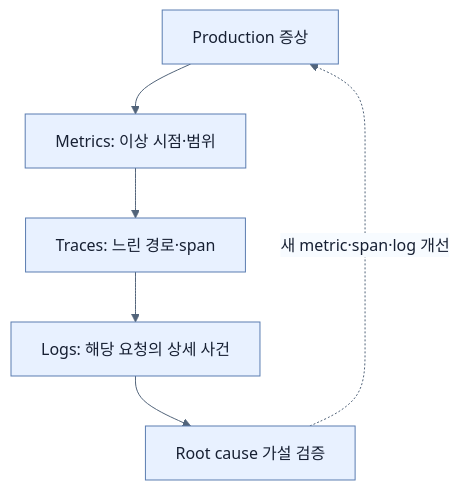
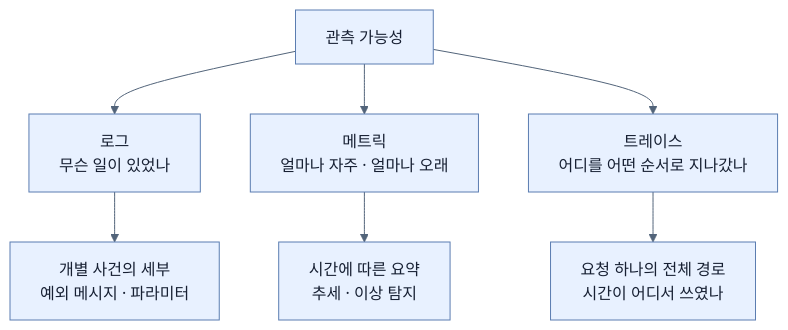
Before and after one commit to sing-u8/Learning_Spring_Boot_4: the first of 2 diagrams in spring-boot-4-pdf-notes/part-5-observing-spring-boot-4-applications/chapter-13-observing-spring-boot-4-applications/01-three-pillars-of-observability.md, drawn with Mermaid. The commit also changed other lines of this file and 253 other files, not shown here.

````diff
--- a/spring-boot-4-pdf-notes/part-5-observing-spring-boot-4-applications/chapter-13-observing-spring-boot-4-applications/01-three-pillars-of-observability.md
+++ b/spring-boot-4-pdf-notes/part-5-observing-spring-boot-4-applications/chapter-13-observing-spring-boot-4-applications/01-three-pillars-of-observability.md
@@ -32,9 +82,10 @@
 ```mermaid
 %%{init: {'theme': 'base', 'themeVariables': {'background': '#ffffff', 'primaryColor': '#e8f1ff', 'primaryTextColor': '#172033', 'primaryBorderColor': '#5b7db1', 'lineColor': '#52647a', 'secondaryColor': '#f7fbff', 'tertiaryColor': '#fff7df'}}}%%
 flowchart TD
-    Q[Production 증상] --> M[Metrics: 이상 시점·범위]
-    M --> T[Traces: 느린 경로·span]
-    T --> L[Logs: 해당 요청의 상세 사건]
-    L --> R[Root cause 가설 검증]
-    R -. 새 metric·span·log 개선 .-> Q
+    O["관측 가능성"] --> L["로그<br/>무슨 일이 있었나"]
+    O --> M["메트릭<br/>얼마나 자주 · 얼마나 오래"]
+    O --> T["트레이스<br/>어디를 어떤 순서로 지나갔나"]
+    L --> L1["개별 사건의 세부<br/>예외 메시지 · 파라미터"]
+    M --> M1["시간에 따른 요약<br/>추세 · 이상 탐지"]
+    T --> T1["요청 하나의 전체 경로<br/>시간이 어디서 쓰였나"]
 ```
````
